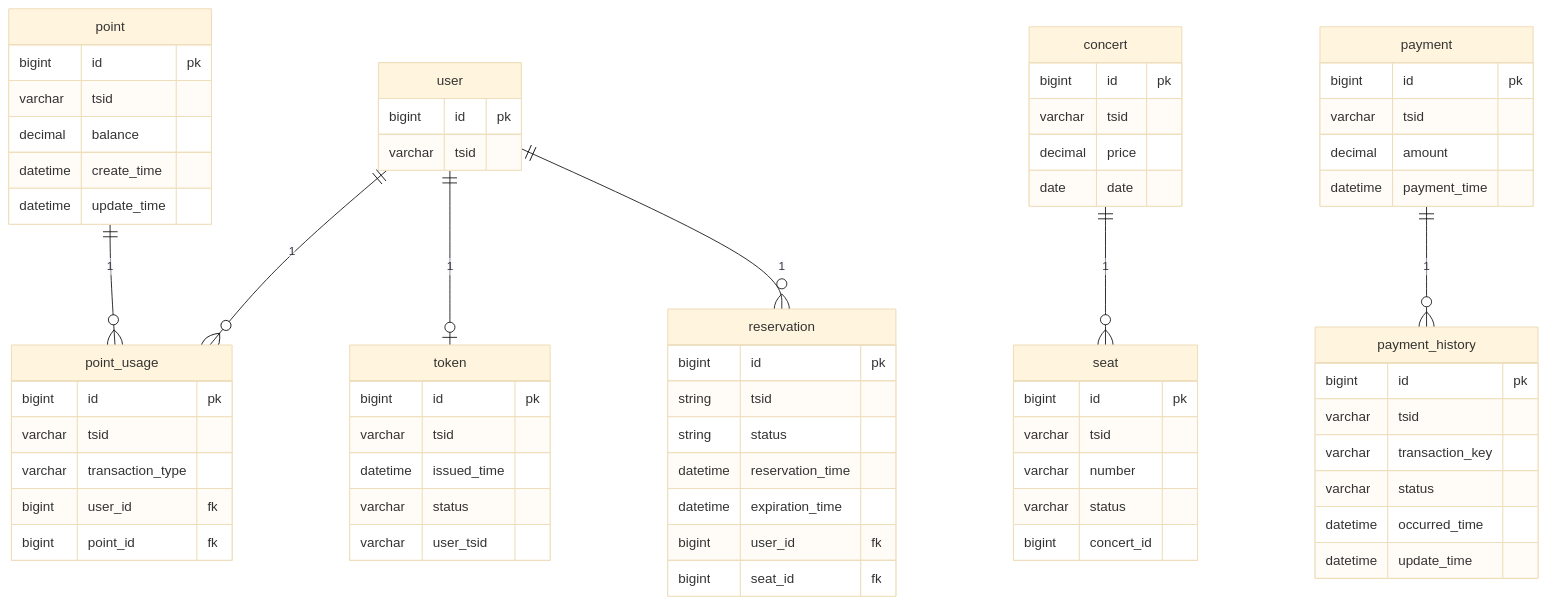
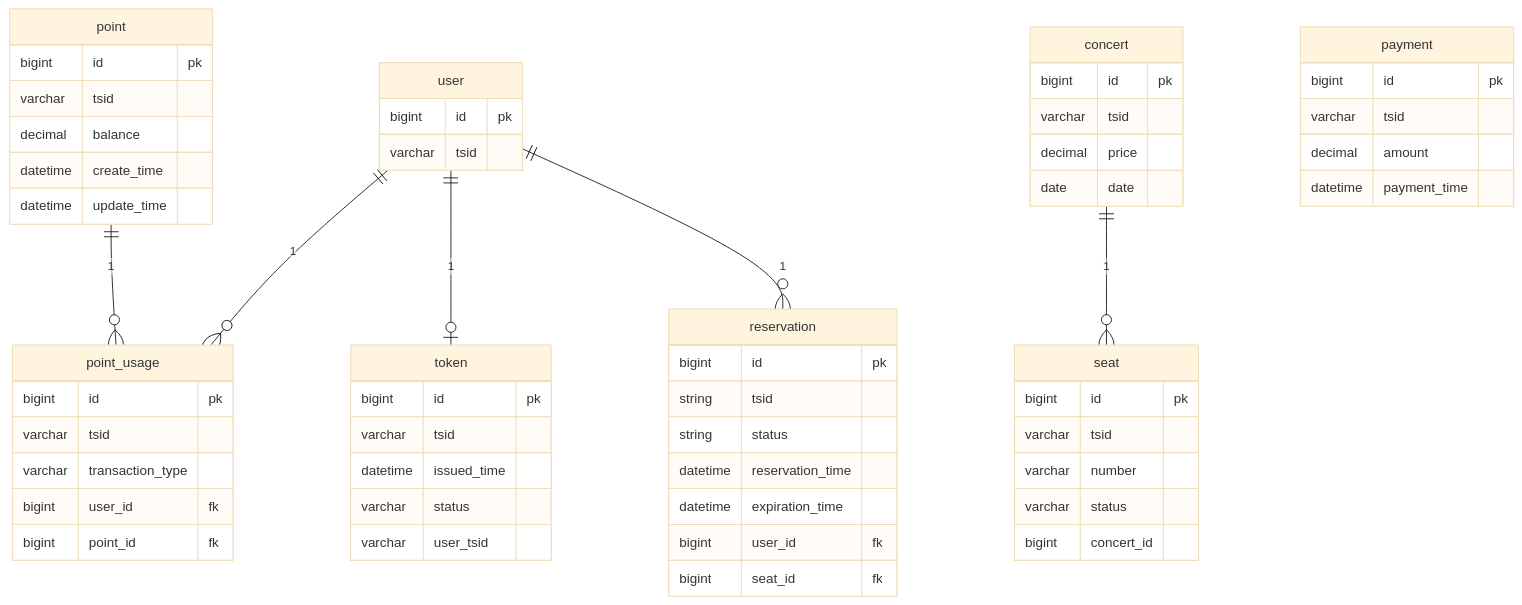
Before and after one commit to wanniDev/ticket: the fourth of 4 diagrams in README.MD, drawn with Mermaid (base theme). The commit also changed 8 other files, not shown here.

````diff
--- a/README.MD
+++ b/README.MD
@@ -375,75 +375,65 @@
 ```mermaid
 erDiagram
     user {
         bigint id pk
         varchar tsid
     }
     point {
       bigint id pk
       varchar tsid
       decimal balance
       datetime create_time
       datetime update_time
     }
     point_usage {
       bigint id pk
       varchar tsid
       varchar transaction_type
       bigint user_id fk
       bigint point_id fk
     }
     token {
         bigint id pk
         varchar tsid
         datetime issued_time
         varchar status
         varchar user_tsid
     }
     concert {
         bigint id pk
         varchar tsid
         decimal price
         date date
     }
     
     seat { 
         bigint id pk
         varchar tsid
         varchar number
         varchar status
         bigint concert_id
     }
 
     reservation {
         bigint id pk
         string tsid
         string status
         datetime reservation_time
         datetime expiration_time
         bigint user_id fk
         bigint seat_id fk
     }
     
     payment {
         bigint id pk
         varchar tsid
         decimal amount
         datetime payment_time
     }
     
-    payment_history {
-        bigint id pk
-        varchar tsid
-        varchar transaction_key
-        varchar status
-        datetime occurred_time
-        datetime update_time
-    }
-    
     concert ||--o{ seat : "1"
-    payment ||--o{ payment_history : "1"
     point ||--o{ point_usage : "1"
     user ||--o{ point_usage : "1"
     user ||--o| token : "1"
     user ||--o{ reservation : "1"
 ```
````
